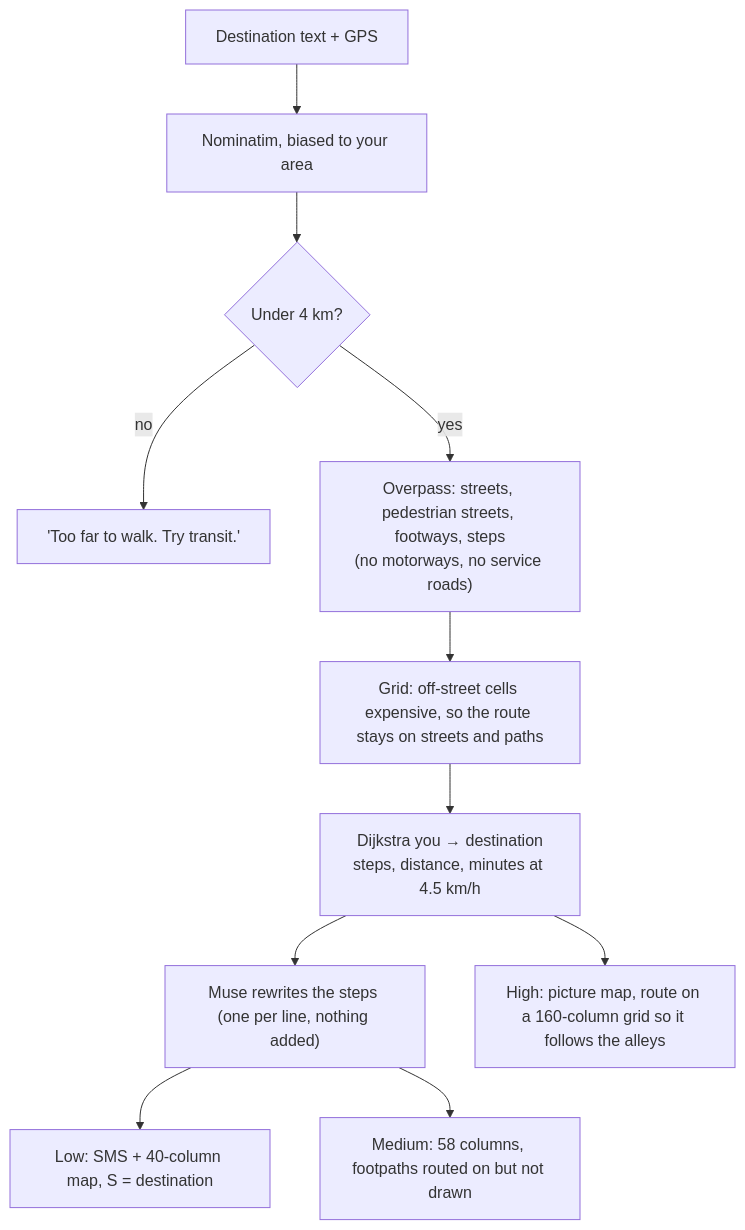
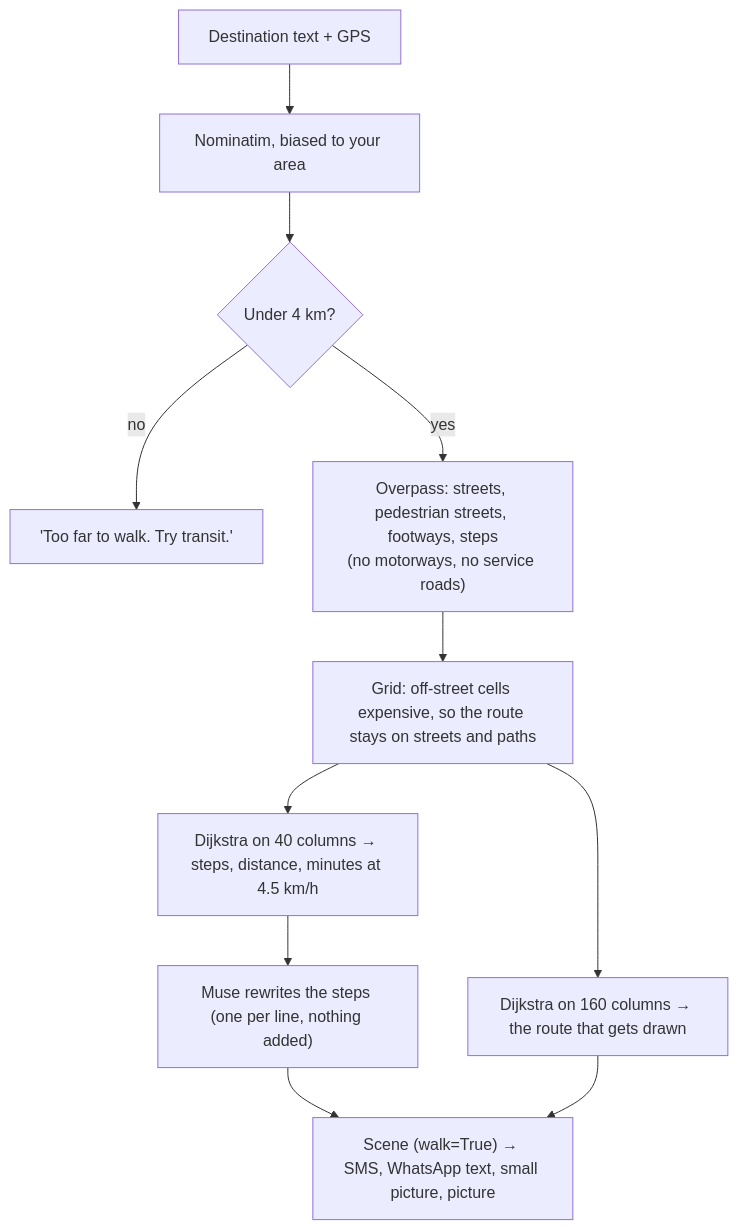
The sixth of 7 diagrams in README.md (JacobOuyang/MapsImagesText), drawn with Mermaid before and after one commit. The commit also changed other lines of this file and 19 other files, not shown here.

````diff
--- a/README.md
+++ b/README.md
@@ -454,13 +619,12 @@
 ```mermaid
 flowchart TD
   A["Destination text + GPS"] --> B["Nominatim, biased to your area"]
   B --> C{"Under 4 km?"}
   C -- no --> X["'Too far to walk. Try transit.'"]
   C -- yes --> D["Overpass: streets, pedestrian streets, footways, steps<br/>(no motorways, no service roads)"]
   D --> E["Grid: off-street cells expensive, so the route stays on streets and paths"]
-  E --> F["Dijkstra you → destination<br/>steps, distance, minutes at 4.5 km/h"]
+  E --> F["Dijkstra on 40 columns → steps, distance, minutes at 4.5 km/h"]
+  E --> F2["Dijkstra on 160 columns → the route that gets drawn"]
   F --> G["Muse rewrites the steps (one per line, nothing added)"]
-  G --> L["Low: SMS + 40-column map, S = destination"]
-  G --> M["Medium: 58 columns, footpaths routed on but not drawn"]
-  F --> H["High: picture map, route on a 160-column grid so it follows the alleys"]
+  G & F2 --> S["Scene (walk=True) → SMS, WhatsApp text, small picture, picture"]
 ```
````
